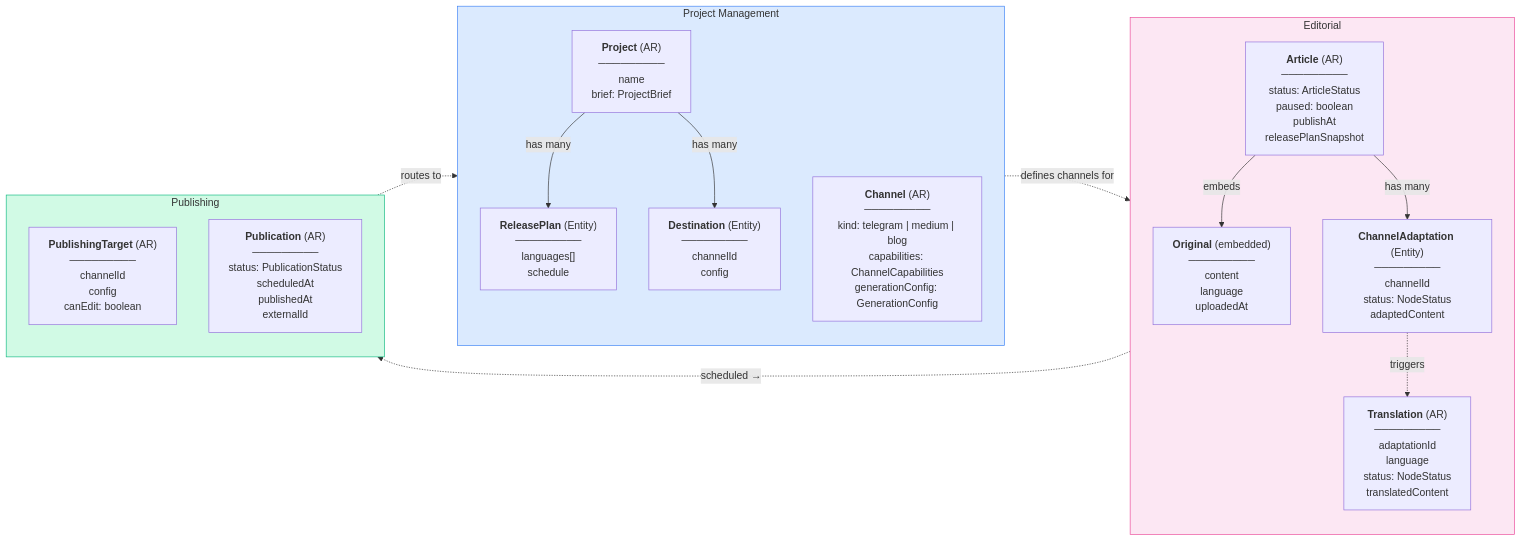
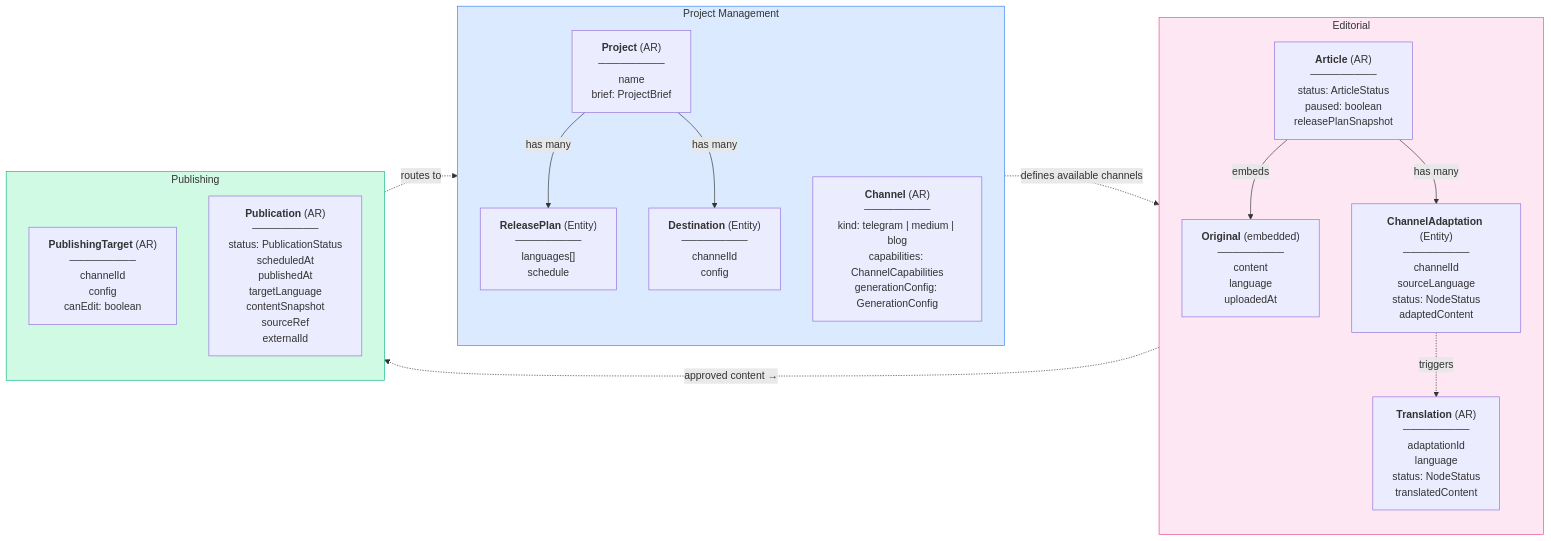
Before and after one commit to GregoryGromov/MarketingService: the second of 8 diagrams in docs/DIAGRAMS.md, drawn with Mermaid. The commit also changed other lines of this file and 262 other files, not shown here.

````diff
--- a/docs/DIAGRAMS.md
+++ b/docs/DIAGRAMS.md
@@ -61,39 +61,39 @@
 ```mermaid
 graph LR
     subgraph pm_bc["Project Management"]
         direction TB
         project["<b>Project</b> (AR)<br/>─────────<br/>name<br/>brief: ProjectBrief"]
         channel["<b>Channel</b> (AR)<br/>─────────<br/>kind: telegram | medium | blog<br/>capabilities: ChannelCapabilities<br/>generationConfig: GenerationConfig"]
         rp["<b>ReleasePlan</b> (Entity)<br/>─────────<br/>languages[]<br/>schedule"]
         dest["<b>Destination</b> (Entity)<br/>─────────<br/>channelId<br/>config"]
 
         project -->|has many| rp
         project -->|has many| dest
     end
 
     subgraph ed_bc["Editorial"]
         direction TB
-        article["<b>Article</b> (AR)<br/>─────────<br/>status: ArticleStatus<br/>paused: boolean<br/>publishAt<br/>releasePlanSnapshot"]
+        article["<b>Article</b> (AR)<br/>─────────<br/>status: ArticleStatus<br/>paused: boolean<br/>releasePlanSnapshot"]
         original["<b>Original</b> (embedded)<br/>─────────<br/>content<br/>language<br/>uploadedAt"]
-        adaptation["<b>ChannelAdaptation</b> (Entity)<br/>─────────<br/>channelId<br/>status: NodeStatus<br/>adaptedContent"]
+        adaptation["<b>ChannelAdaptation</b> (Entity)<br/>─────────<br/>channelId<br/>sourceLanguage<br/>status: NodeStatus<br/>adaptedContent"]
         translation["<b>Translation</b> (AR)<br/>─────────<br/>adaptationId<br/>language<br/>status: NodeStatus<br/>translatedContent"]
 
         article -->|embeds| original
         article -->|has many| adaptation
         adaptation -.->|triggers| translation
     end
 
     subgraph pub_bc["Publishing"]
         direction TB
         pubtarget["<b>PublishingTarget</b> (AR)<br/>─────────<br/>channelId<br/>config<br/>canEdit: boolean"]
-        publication["<b>Publication</b> (AR)<br/>─────────<br/>status: PublicationStatus<br/>scheduledAt<br/>publishedAt<br/>externalId"]
+        publication["<b>Publication</b> (AR)<br/>─────────<br/>status: PublicationStatus<br/>scheduledAt<br/>publishedAt<br/>targetLanguage<br/>contentSnapshot<br/>sourceRef<br/>externalId"]
     end
 
-    project -.->|defines channels for| article
-    article -.->|scheduled →| publication
+    project -.->|defines available channels| article
+    article -.->|approved content →| publication
     pubtarget -.->|routes to| channel
 
     style pm_bc fill:#dbeafe,stroke:#3b82f6
     style ed_bc fill:#fce7f3,stroke:#ec4899
     style pub_bc fill:#d1fae5,stroke:#10b981
 ```
````
